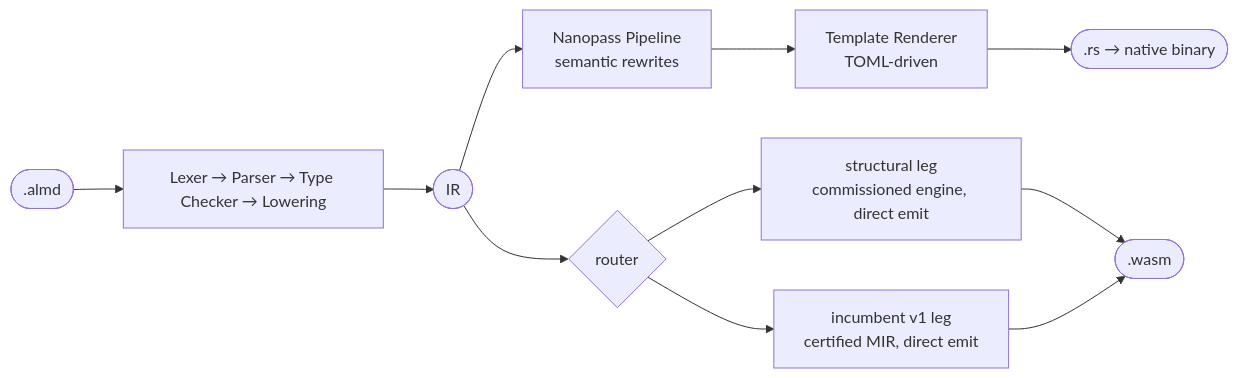
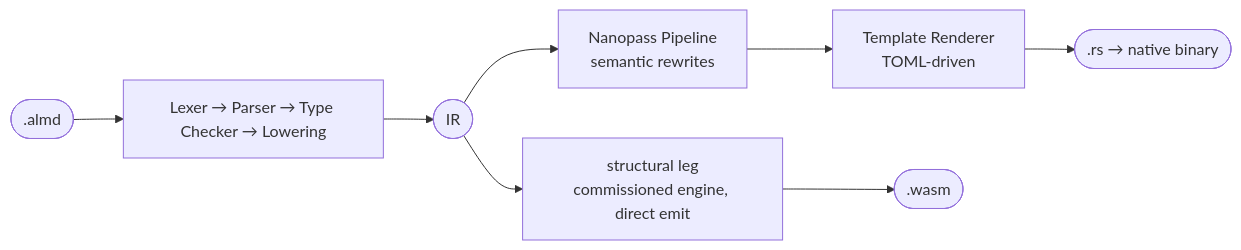
The diagram in README.md (almide/almide), drawn with Mermaid before and after one commit. The commit also changed other lines of this file and 11 other files, not shown here.

Commit message:
Describe --target wasm without the deleted incumbent renderer in the architecture, trust and wasm docs

````diff
--- a/README.md
+++ b/README.md
@@ -218,8 +218,6 @@
 ```mermaid
 flowchart LR
     SRC([".almd"]) --> FE["Lexer → Parser → Type Checker → Lowering"] --> IR(["IR"])
     IR --> NANO["Nanopass Pipeline<br/>semantic rewrites"] --> TMPL["Template Renderer<br/>TOML-driven"] --> RS([".rs → native binary"])
-    IR --> ROUTER{"router"}
-    ROUTER --> STRUCT["structural leg<br/>commissioned engine, direct emit"] --> WASM([".wasm"])
-    ROUTER --> INCUMB["incumbent v1 leg<br/>certified MIR, direct emit"] --> WASM
+    IR --> STRUCT["structural leg<br/>commissioned engine, direct emit"] --> WASM([".wasm"])
 ```
````
